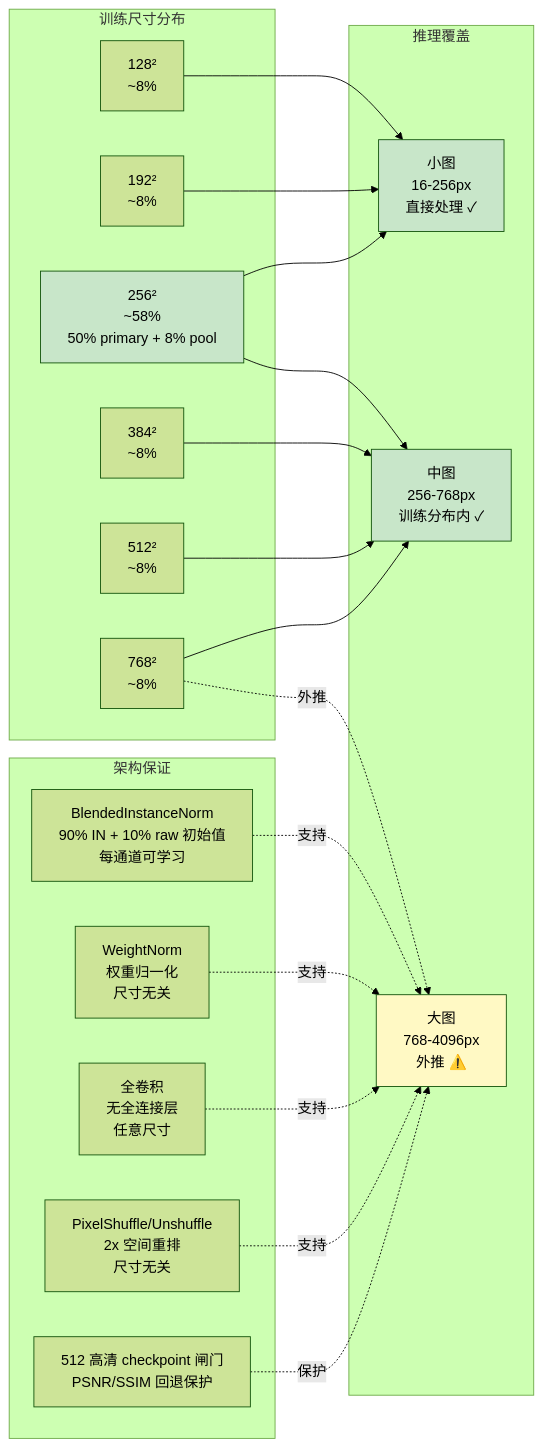
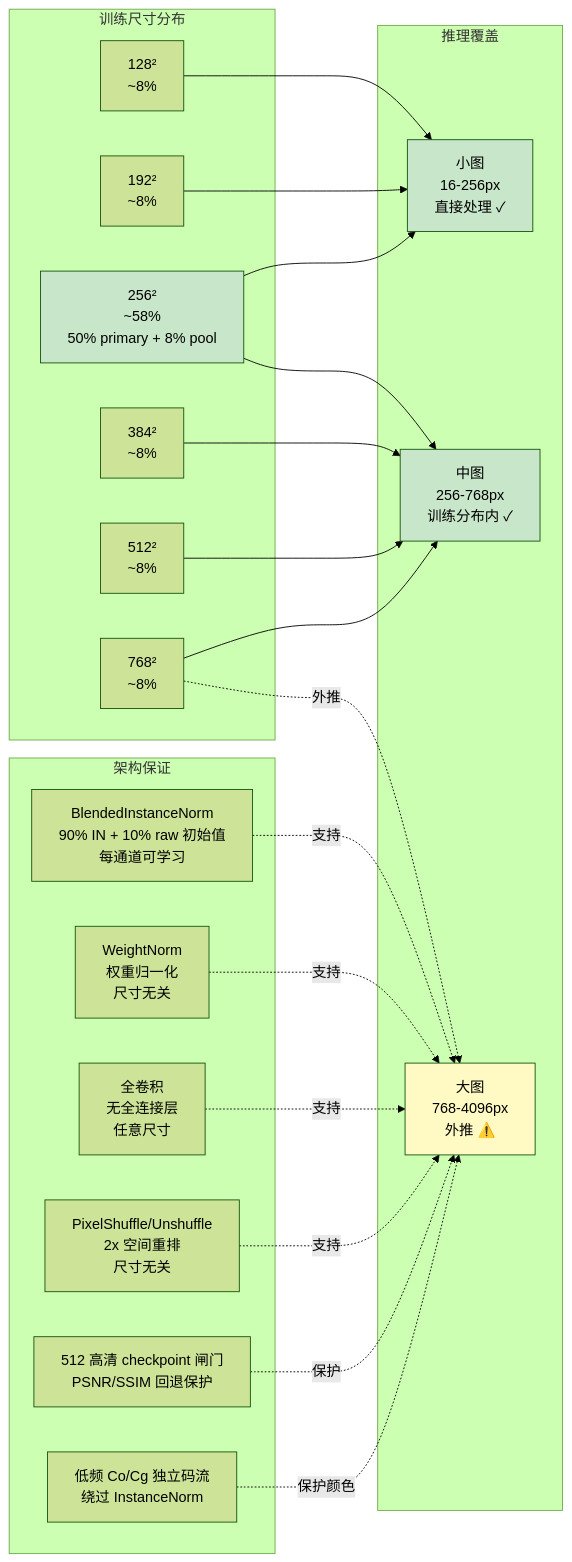
Before and after one commit to novvoo/kakeya-vae: diagram 15 of 19 in docs/architecture.md, drawn with Mermaid (forest theme). The commit also changed other lines of this file and 8 other files, not shown here.

````diff
--- a/docs/architecture.md
+++ b/docs/architecture.md
@@ -732,45 +765,47 @@
 ```mermaid
 graph LR
     subgraph 训练尺寸分布
         S128[128²<br/>~8%]
         S192[192²<br/>~8%]
         S256[256²<br/>~58%<br/>50% primary + 8% pool]
         S384[384²<br/>~8%]
         S512[512²<br/>~8%]
         S768[768²<br/>~8%]
     end
 
     subgraph 推理覆盖
         I_SMALL[小图<br/>16-256px<br/>直接处理 ✓]
         I_MED[中图<br/>256-768px<br/>训练分布内 ✓]
         I_LARGE[大图<br/>768-4096px<br/>外推 ⚠️]
     end
 
     S128 --> I_SMALL
     S192 --> I_SMALL
     S256 --> I_SMALL
     S256 --> I_MED
     S384 --> I_MED
     S512 --> I_MED
     S768 --> I_MED
     S768 -.->|外推| I_LARGE
 
     subgraph 架构保证
         ARCH1[BlendedInstanceNorm<br/>90% IN + 10% raw 初始值<br/>每通道可学习]
         ARCH2[WeightNorm<br/>权重归一化<br/>尺寸无关]
         ARCH3[全卷积<br/>无全连接层<br/>任意尺寸]
         ARCH4[PixelShuffle/Unshuffle<br/>2x 空间重排<br/>尺寸无关]
         ARCH5[512 高清 checkpoint 闸门<br/>PSNR/SSIM 回退保护]
+        ARCH6[低频 Co/Cg 独立码流<br/>绕过 InstanceNorm]
     end
 
     ARCH1 -.->|支持| I_LARGE
     ARCH2 -.->|支持| I_LARGE
     ARCH3 -.->|支持| I_LARGE
     ARCH4 -.->|支持| I_LARGE
     ARCH5 -.->|保护| I_LARGE
+    ARCH6 -.->|保护颜色| I_LARGE
 
     style S256 fill:#c8e6c9
     style I_SMALL fill:#c8e6c9
     style I_MED fill:#c8e6c9
     style I_LARGE fill:#fff9c4
 ```
````
